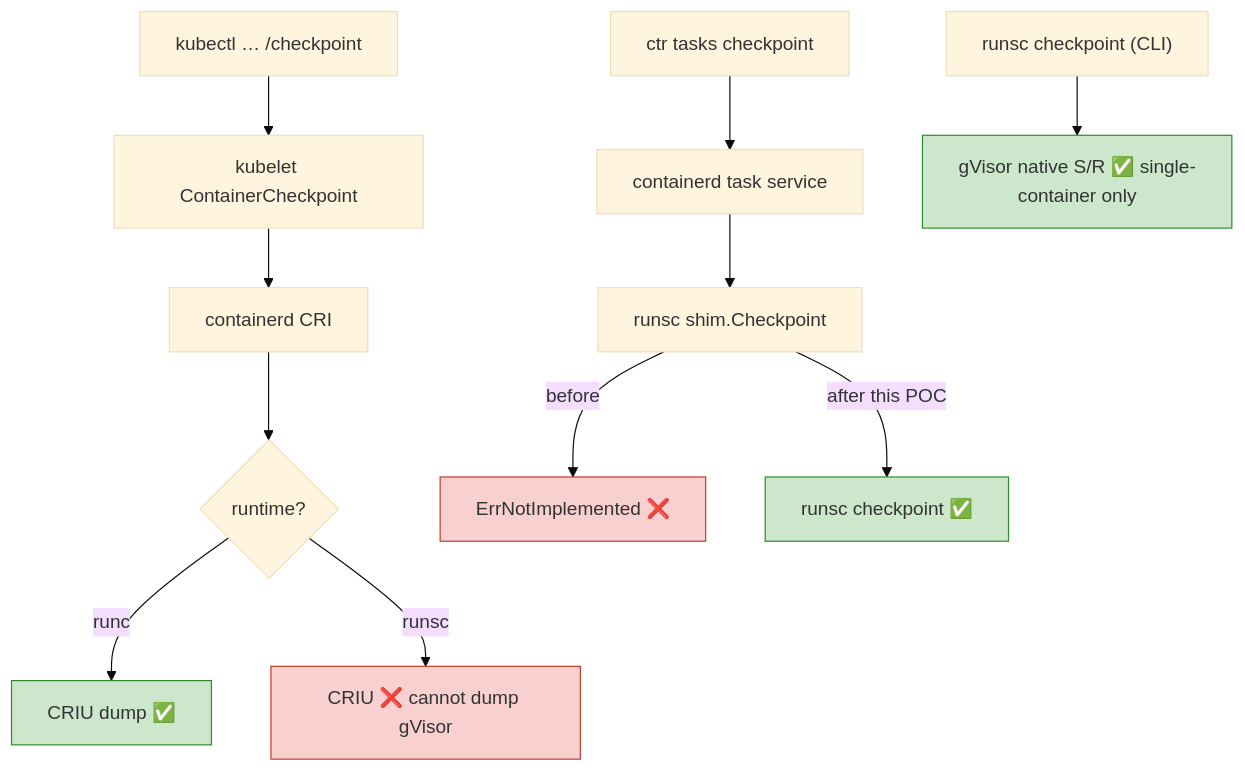
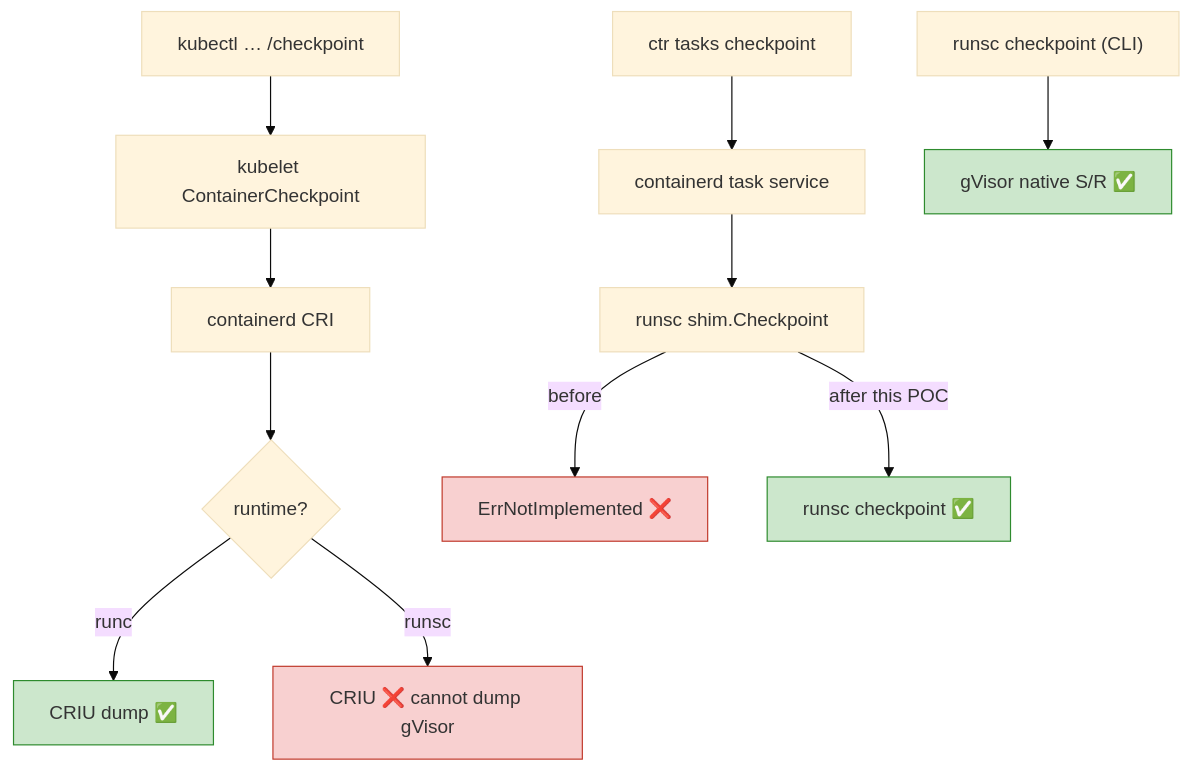
One commit to mayur-tolexo/runsc-task-restore changed the first of 7 diagrams in docs/flows.md. Above: the diagram before and after it, drawn with Mermaid (base theme). The commit also changed other lines of this file and 10 other files, not shown here.

````diff
--- a/docs/flows.md
+++ b/docs/flows.md
@@ -7,21 +7,21 @@
 ```mermaid
 flowchart TD
     A["kubectl … /checkpoint"] --> B["kubelet ContainerCheckpoint"]
     B --> C["containerd CRI"]
     C --> D{"runtime?"}
     D -->|runc| E["CRIU dump ✅"]
     D -->|runsc| F["CRIU ❌ cannot dump gVisor"]
 
     G["ctr tasks checkpoint"] --> H["containerd task service"]
     H --> I["runsc shim.Checkpoint"]
     I -->|before| J["ErrNotImplemented ❌"]
     I -->|after this POC| K["runsc checkpoint ✅"]
 
-    L["runsc checkpoint (CLI)"] --> M["gVisor native S/R ✅ single-container only"]
+    L["runsc checkpoint (CLI)"] --> M["gVisor native S/R ✅"]
 
     style J fill:#f8d0d0,stroke:#c0392b
     style F fill:#f8d0d0,stroke:#c0392b
     style K fill:#cce7cc,stroke:#2e8b2e
     style E fill:#cce7cc,stroke:#2e8b2e
     style M fill:#cce7cc,stroke:#2e8b2e
 ```
````
